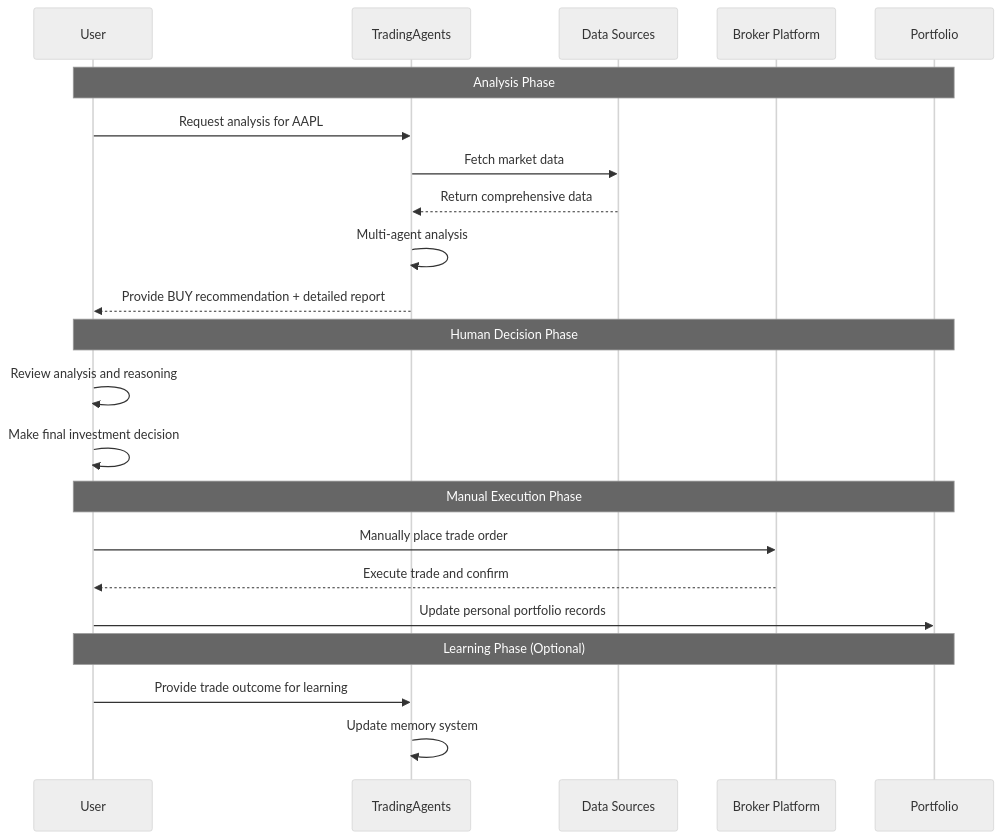
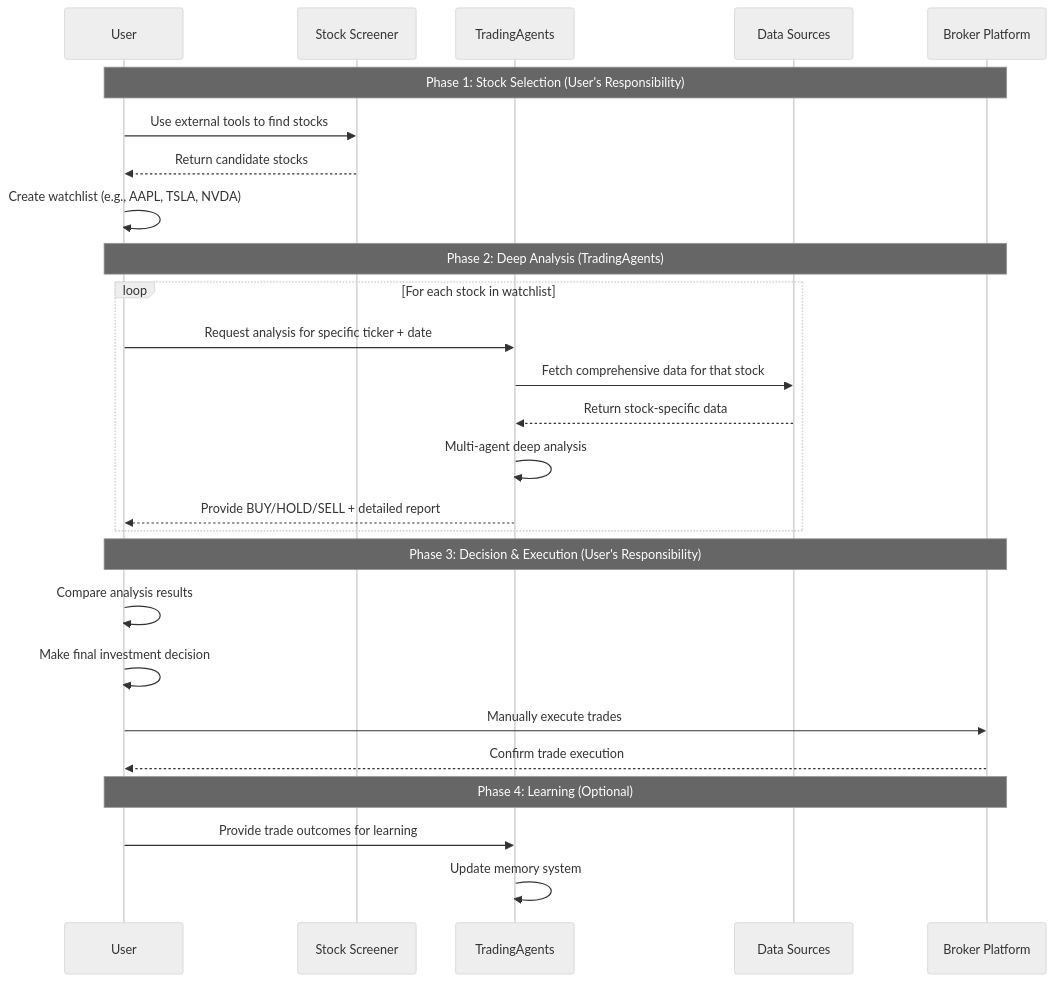
Before and after one commit to tulong66/TradingAgents: the fifth of 10 diagrams in docs/user/system-capabilities.md, drawn with Mermaid (neutral theme). The commit also changed other lines of this file, not shown here.

````diff
--- a/docs/user/system-capabilities.md
+++ b/docs/user/system-capabilities.md
@@ -109,28 +175,32 @@
 ```mermaid
 sequenceDiagram
     participant U as User
+    participant SS as Stock Screener
     participant TA as TradingAgents
     participant DS as Data Sources
     participant B as Broker Platform
-    participant P as Portfolio
     
-    Note over U,P: Analysis Phase
-    U->>TA: Request analysis for AAPL
-    TA->>DS: Fetch market data
-    DS-->>TA: Return comprehensive data
-    TA->>TA: Multi-agent analysis
-    TA-->>U: Provide BUY recommendation + detailed report
+    Note over U,B: Phase 1: Stock Selection (User's Responsibility)
+    U->>SS: Use external tools to find stocks
+    SS-->>U: Return candidate stocks
+    U->>U: Create watchlist (e.g., AAPL, TSLA, NVDA)
     
-    Note over U,P: Human Decision Phase
-    U->>U: Review analysis and reasoning
+    Note over U,B: Phase 2: Deep Analysis (TradingAgents)
+    loop For each stock in watchlist
+        U->>TA: Request analysis for specific ticker + date
+        TA->>DS: Fetch comprehensive data for that stock
+        DS-->>TA: Return stock-specific data
+        TA->>TA: Multi-agent deep analysis
+        TA-->>U: Provide BUY/HOLD/SELL + detailed report
+    end
+    
+    Note over U,B: Phase 3: Decision & Execution (User's Responsibility)
+    U->>U: Compare analysis results
     U->>U: Make final investment decision
+    U->>B: Manually execute trades
+    B-->>U: Confirm trade execution
     
-    Note over U,P: Manual Execution Phase
-    U->>B: Manually place trade order
-    B-->>U: Execute trade and confirm
-    U->>P: Update personal portfolio records
-    
-    Note over U,P: Learning Phase (Optional)
-    U->>TA: Provide trade outcome for learning
+    Note over U,B: Phase 4: Learning (Optional)
+    U->>TA: Provide trade outcomes for learning
     TA->>TA: Update memory system
 ```
````
